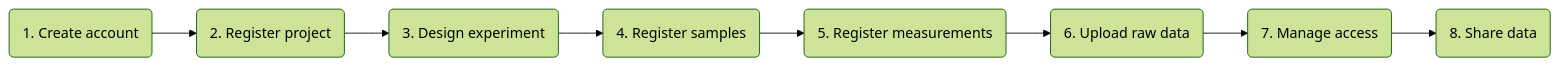
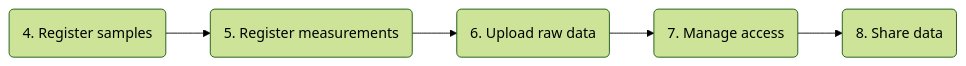
Before and after one commit to qbicsoftware/research-data-management: the second of 2 diagrams in docs/get_started/process_overview.md, drawn with Mermaid (forest theme). The commit also changed other lines of this file and 1 other file, not shown here.

Commit message:
docs: split process overview diagram into two rows and style nav section headers
- Split 8-node mermaid workflow into two 4-node diagrams for better readability
- Add CSS for navigation.sections headers: uppercase, brand colour, letter-spacing, and subtle bottom border to make sidebar groups visually prominent

````diff
--- a/docs/get_started/process_overview.md
+++ b/docs/get_started/process_overview.md
@@ -5,10 +12,7 @@
 ```mermaid
 graph LR
-    A(1. Create account) --> B(2. Register project)
-    B --> C(3. Design experiment)
-    C --> D(4. Register samples)
-    D --> E(5. Register measurements)
+    D(4. Register samples) --> E(5. Register measurements)
     E --> F(6. Upload raw data)
     F --> G(7. Manage access)
     G --> H(8. Share data)
 ```
````
